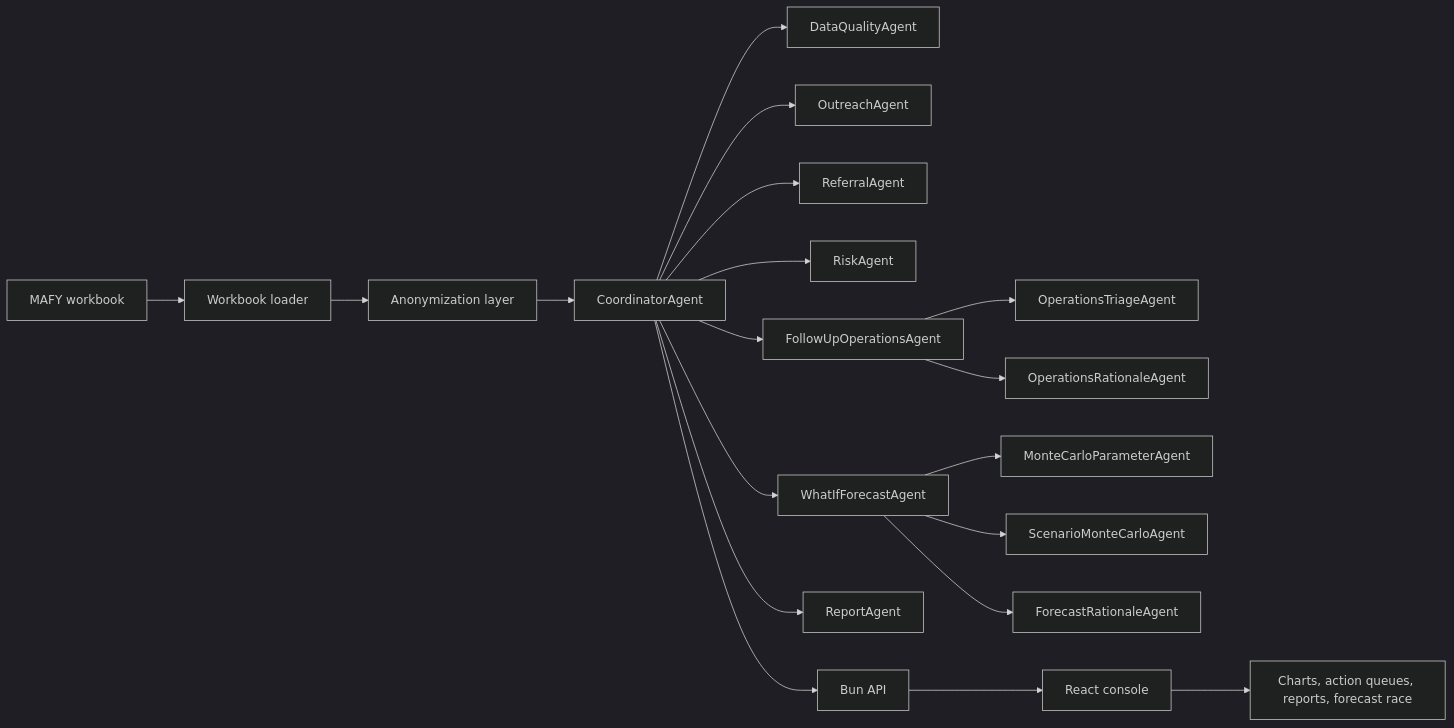
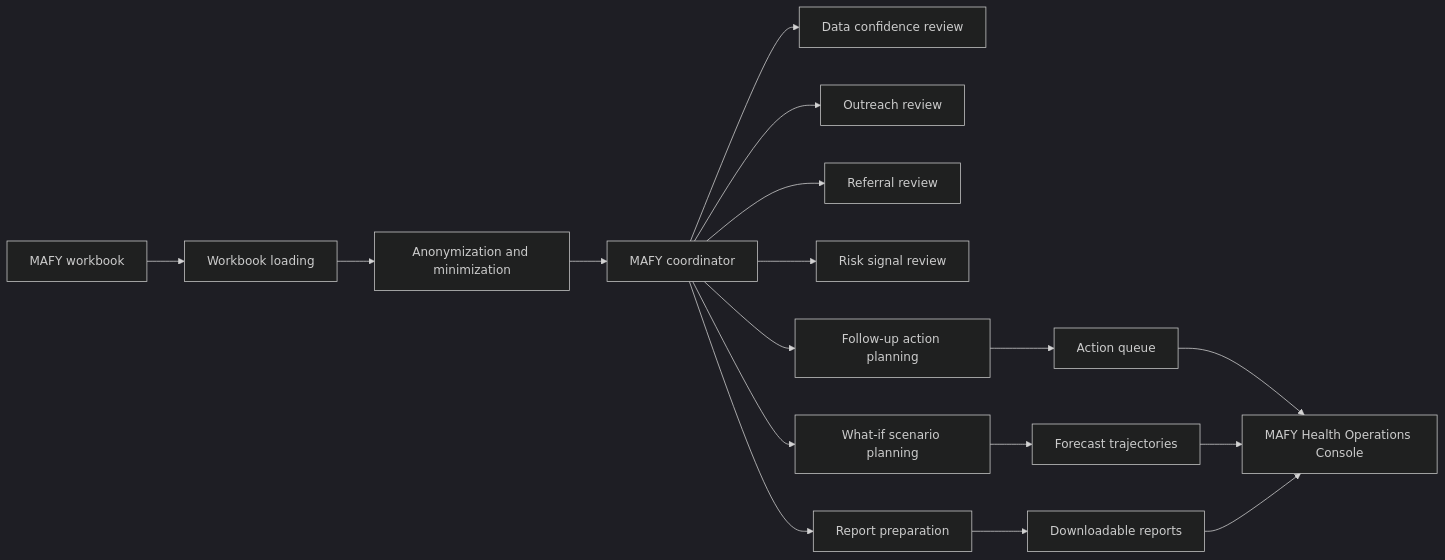
The diagram in README.md (ENZOMOTIVE/poverty_404), drawn with Mermaid (dark theme) before and after one commit. The commit also changed other lines of this file and 18 other files, not shown here.

````diff
--- a/README.md
+++ b/README.md
@@ -30,25 +42,22 @@
 ```mermaid
 flowchart LR
-  A[MAFY workbook] --> B[Workbook loader]
-  B --> C[Anonymization layer]
-  C --> D[CoordinatorAgent]
+  A[MAFY workbook] --> B[Workbook loading]
+  B --> C[Anonymization and minimization]
+  C --> D[MAFY coordinator]
 
-  D --> E[DataQualityAgent]
-  D --> F[OutreachAgent]
-  D --> G[ReferralAgent]
-  D --> H[RiskAgent]
-  D --> I[FollowUpOperationsAgent]
-  D --> J[WhatIfForecastAgent]
-  D --> K[ReportAgent]
+  D --> E[Data confidence review]
+  D --> F[Outreach review]
+  D --> G[Referral review]
+  D --> H[Risk signal review]
+  D --> I[Follow-up action planning]
+  D --> J[What-if scenario planning]
+  D --> K[Report preparation]
 
-  I --> I1[OperationsTriageAgent]
-  I --> I2[OperationsRationaleAgent]
+  I --> L[Action queue]
+  J --> M[Forecast trajectories]
+  K --> N[Downloadable reports]
 
-  J --> J1[MonteCarloParameterAgent]
-  J --> J2[ScenarioMonteCarloAgent]
-  J --> J3[ForecastRationaleAgent]
-
-  D --> L[Bun API]
-  L --> M[React console]
-  M --> N[Charts, action queues, reports, forecast race]
+  L --> O[MAFY Health Operations Console]
+  M --> O
+  N --> O
 ```
````
